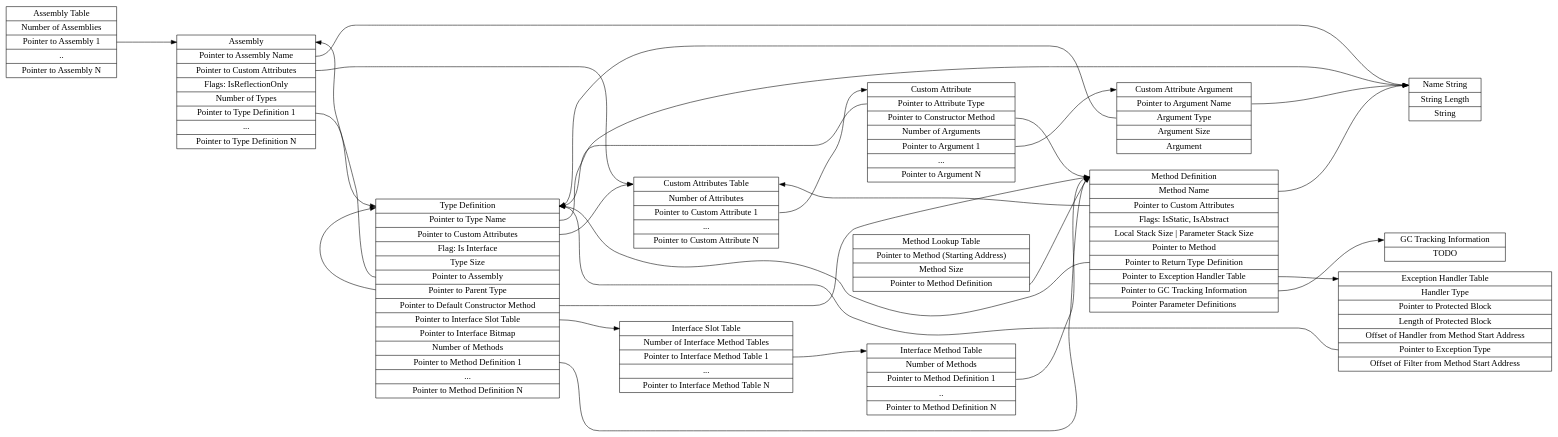
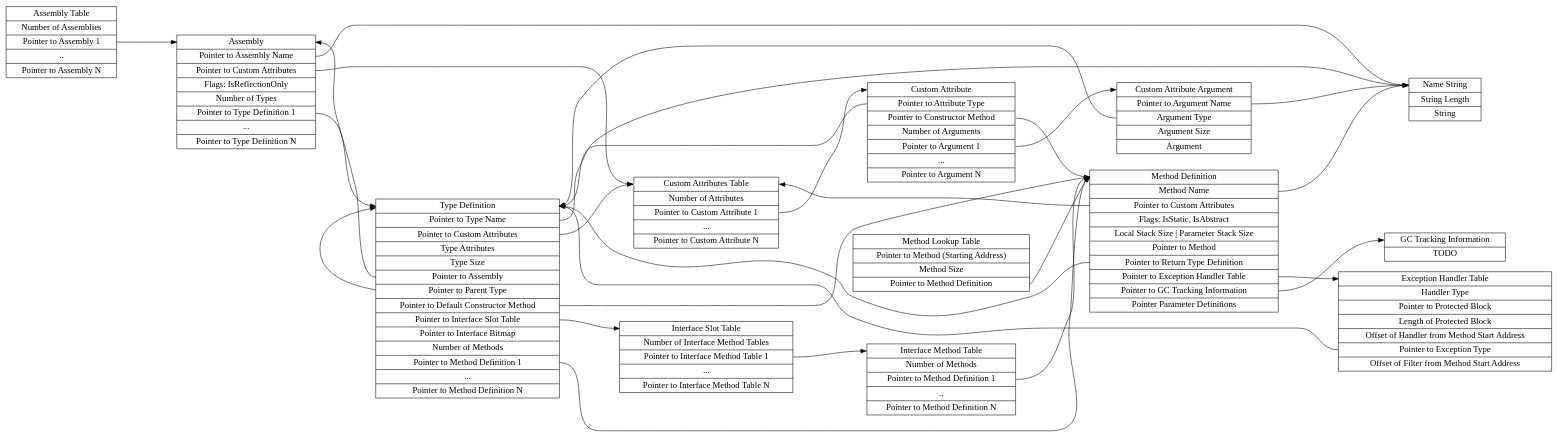
One commit to mosa/MOSA-Project changed the diagram in Docs/MOSA-Runtime-Tables.gv. Above: the diagram before and after it, drawn with Graphviz. The commit also changed 17 other files, not shown here.

```diff
--- a/Docs/MOSA-Runtime-Tables.gv
+++ b/Docs/MOSA-Runtime-Tables.gv
@@ -1,182 +1,182 @@
 digraph g {
 graph [
 rankdir = "LR"
 ];
 node [
 fontsize = "16"
 shape = "ellipse"
 ];
 edge [
 minlen = "3"
 ];
 
 "NameString" [
 label = "<f0>Name String|<f1>String Length|<f2>String"
 shape = "record"
 ];
 
 "AssemblyListTable" [
 label = "<f0>Assembly Table|<f1>Number of Assemblies|<f2>Pointer to Assembly 1|..|Pointer to Assembly N"
 shape = "record"
 ];
 
 "AssemblyDefinition" [
 label = "<f0>Assembly|<f1>Pointer to Assembly Name|<f2>Pointer to Custom Attributes|<f3>Flags: IsReflectionOnly|<f4> Number of Types|<f5>Pointer to Type  Definition 1|...|Pointer to Type  Definition N"
 shape = "record"
 ];
 
 "TypeDefinition" [
-label = "<f0>Type Definition|<f1>Pointer to Type Name|<f2>Pointer to Custom Attributes|<f3>Flag: Is Interface|<f4>Type Size|<f5>Pointer to Assembly|<f6>Pointer to Parent Type|<f7>Pointer to Default Constructor Method|<f8>Pointer to Interface Slot Table|<f9>Pointer to Interface Bitmap|<f10>Number of Methods|<f11>Pointer to Method Definition 1|...|Pointer to Method Definition N"
+label = "<f0>Type Definition|<f1>Pointer to Type Name|<f2>Pointer to Custom Attributes|<f3>Type Attributes|<f4>Type Size|<f5>Pointer to Assembly|<f6>Pointer to Parent Type|<f7>Pointer to Default Constructor Method|<f8>Pointer to Interface Slot Table|<f9>Pointer to Interface Bitmap|<f10>Number of Methods|<f11>Pointer to Method Definition 1|...|Pointer to Method Definition N"
 shape = "record"
 ];
 
 "MethodLookupTable" [
 label = "<f0>Method Lookup Table|<f1>Pointer to Method (Starting Address)|<f2>Method Size|<f3>Pointer to Method Definition"
 shape = "record"
 ];
 
 "ExceptionHandlerTable" [
 label = "<f0>Exception Handler Table|<f1>Handler Type|<f2>Pointer to Protected Block|<f3>Length of Protected Block|<f4>Offset of Handler from Method Start Address|<f5>Pointer to Exception Type|<f6>Offset of Filter from Method Start Address"
 shape = "record"
 ];
 
 "InterfaceSlotTable" [
 label = "<f0>Interface Slot Table|<f1>Number of Interface Method Tables|<f2>Pointer to Interface Method Table 1|...|Pointer to Interface Method Table N"
 shape = "record"
 ];
 
 "InterfaceMethodTable" [
 label = "<f0>Interface Method Table|<f1>Number of Methods|<f2>Pointer to Method Definition 1|..|Pointer to Method Definition N"
 shape = "record"
 ];
 
 "MethodDefinition" [
 label = "<f0>Method Definition|<f1>Method Name|<f2>Pointer to Custom Attributes|<f3>Flags: IsStatic, IsAbstract|<f4>Local Stack Size \| Parameter Stack Size|<f5>Pointer to Method|<f6>Pointer to Return Type Definition|<f7>Pointer to Exception Handler Table|<f8>Pointer to GC Tracking Information|<f9>Pointer Parameter Definitions"
 shape = "record"
 ];
 
 "GCTrackingInformation" [
 label = "<f0>GC Tracking Information|TODO"
 shape = "record"
 ];
 
 "CustomAttributesTable" [
 label = "<f0>Custom Attributes Table|<f1>Number of Attributes|<f2>Pointer to Custom Attribute 1|...|Pointer to Custom Attribute N"
 shape = "record"
 ];
 
 "CustomAttribute" [
 label = "<f0>Custom Attribute|<f1>Pointer to Attribute Type|<f2>Pointer to Constructor Method|<f3>Number of Arguments|<f4>Pointer to Argument 1|...|Pointer to Argument N"
 shape = "record"
 ];
 
 "CustomAttributeArgument" [
 label = "<f0>Custom Attribute Argument|<f1>Pointer to Argument Name|<f2>Argument Type | Argument Size|<f3>Argument"
 shape = "record"
 ];
 
 "CustomAttributesTable":f2 -> "CustomAttribute":f0 [
 id = 0
 ];
 
 "CustomAttribute":f1 -> "TypeDefinition":f0 [
 id = 0
 ];
 
 "CustomAttribute":f2 -> "MethodDefinition":f0 [
 id = 0
 ];
 
 "CustomAttribute":f4 -> "CustomAttributeArgument":f0 [
 id = 0
 ];
 
 "CustomAttributeArgument":f1 -> "NameString":f0 [
 id = 0
 ];
 
 "CustomAttributeArgument":f2 -> "TypeDefinition":f0 [
 id = 0
 ];
 
 "AssemblyListTable":f2 -> "AssemblyDefinition":f0 [
 id = 0
 ];
 
 "AssemblyDefinition":f1 -> "NameString":f0 [
 id = 0
 ];
 
 "AssemblyDefinition":f2 -> "CustomAttributesTable":f0 [
 id = 0
 ];
 
 "AssemblyDefinition":f5 -> "TypeDefinition":f0 [
 id = 0
 ];
 
 "TypeDefinition":f1 -> "NameString":f0 [
 id = 0
 ];
 
 "TypeDefinition":f2 -> "CustomAttributesTable":f0 [
 id = 0
 ];
 
 "TypeDefinition":f5 -> "AssemblyDefinition":f0 [
 id = 0
 ];
 
 "TypeDefinition":f6 -> "TypeDefinition":f0 [
 id = 0
 ];
 
 "TypeDefinition":f7 -> "MethodDefinition":f0 [
 id = 0
 ];
 
 "TypeDefinition":f8 -> "InterfaceSlotTable":f0 [
 id = 0
 ];
 
 "TypeDefinition":f11 -> "MethodDefinition":f0 [
 id = 0
 ];
 
 "InterfaceSlotTable":f2 -> "InterfaceMethodTable":f0 [
 id = 0
 ];
 
 "InterfaceMethodTable":f2 -> "MethodDefinition":f0 [
 id = 0
 ];
 
 "MethodLookupTable":f3 -> "MethodDefinition":f0 [
 id = 0
 ];
 
 "MethodDefinition":f7 -> "ExceptionHandlerTable":f0 [
 id = 0
 ];
 
 "MethodDefinition":f1 -> "NameString":f0 [
 id = 0
 ];
 
 "MethodDefinition":f2 -> "CustomAttributesTable":f0 [
 id = 0
 ];
 
 "MethodDefinition":f6 -> "TypeDefinition":f0 [
 id = 0
 ];
 
 "MethodDefinition":f8 -> "GCTrackingInformation":f0 [
 id = 0
 ];
 
 "ExceptionHandlerTable":f5 -> "TypeDefinition":f0 [
 id = 0
 ];
 
 }
```
